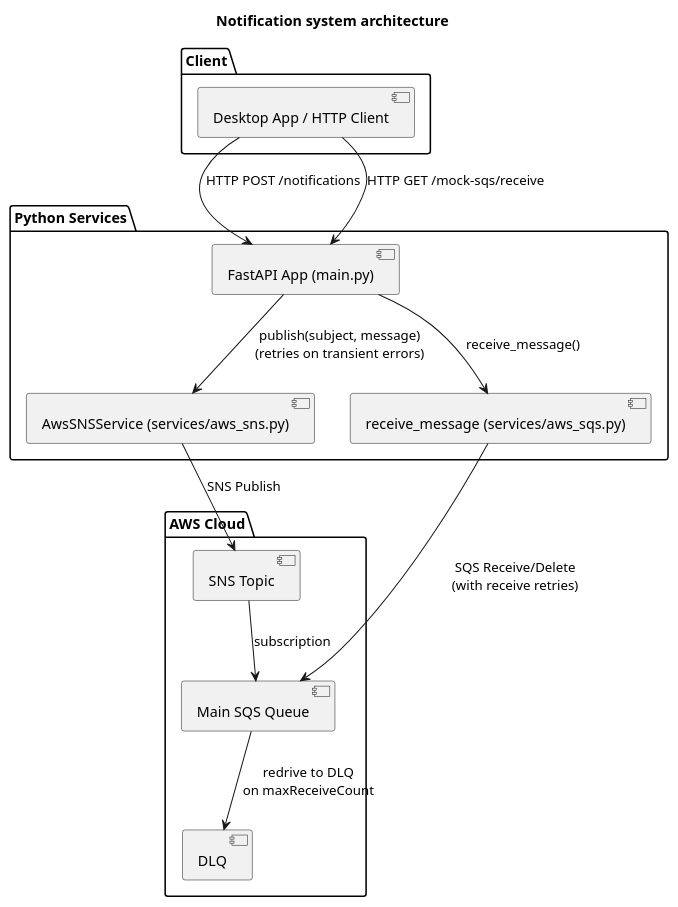
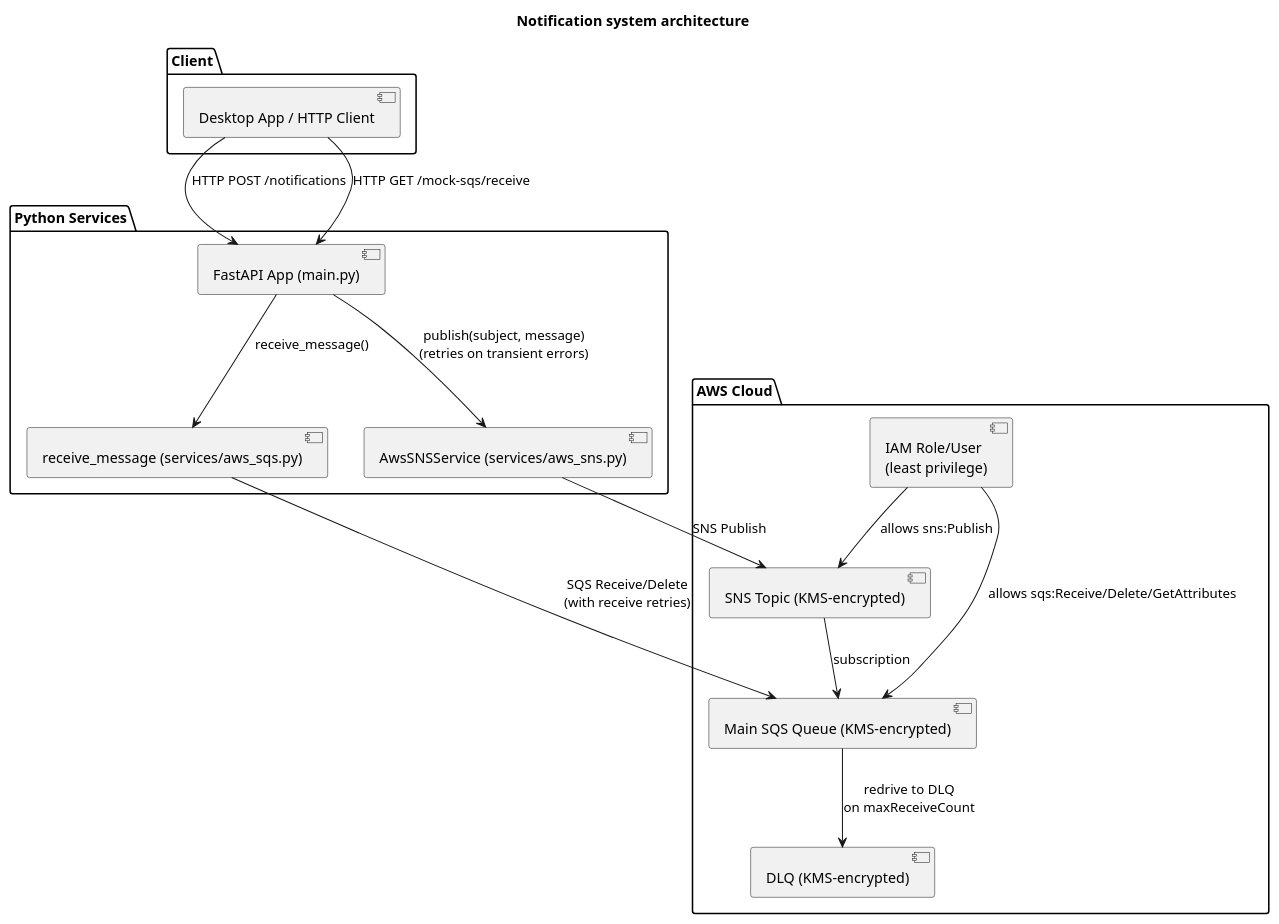
One commit to JuanPlazasEpam/sns-example changed the diagram in diagrams/architecture.puml. Above: the diagram before and after it, drawn with PlantUML. The commit also changed 4 other files, not shown here.

```diff
--- a/diagrams/architecture.puml
+++ b/diagrams/architecture.puml
@@ -1,31 +1,35 @@
 @startuml NotificationSystemArchitecture
 title Notification system architecture
 
 package "Client" {
   [Desktop App / HTTP Client] as A
 }
 
 package "Python Services" {
   [FastAPI App (main.py)] as B
   [AwsSNSService (services/aws_sns.py)] as C
   [receive_message (services/aws_sqs.py)] as D
 }
 
 package "AWS Cloud" {
-  [SNS Topic] as E
-  [Main SQS Queue] as F
-  [DLQ] as G
+  [SNS Topic (KMS-encrypted)] as E
+  [Main SQS Queue (KMS-encrypted)] as F
+  [DLQ (KMS-encrypted)] as G
+  [IAM Role/User\n(least privilege)] as H
 }
 
 A --> B : HTTP POST /notifications
 B --> C : publish(subject, message)\n(retries on transient errors)
 C --> E : SNS Publish
 E --> F : subscription
+
+H --> E : allows sns:Publish
+H --> F : allows sqs:Receive/Delete/GetAttributes
 
 A --> B : HTTP GET /mock-sqs/receive
 B --> D : receive_message()
 D --> F : SQS Receive/Delete\n(with receive retries)
 
 F --> G : redrive to DLQ\non maxReceiveCount
 
 @enduml
```
